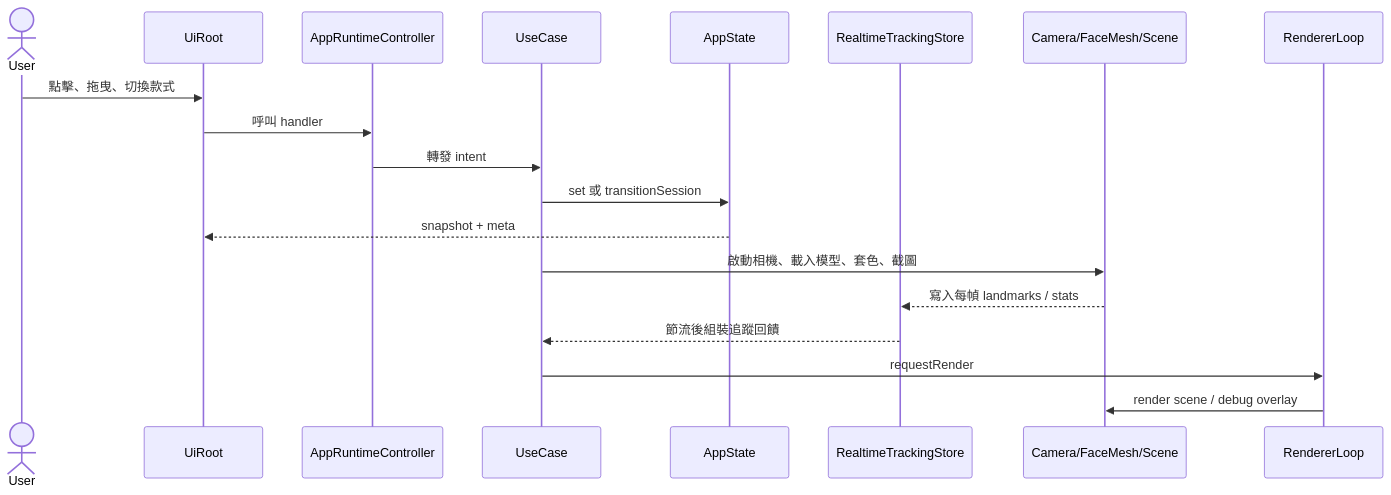
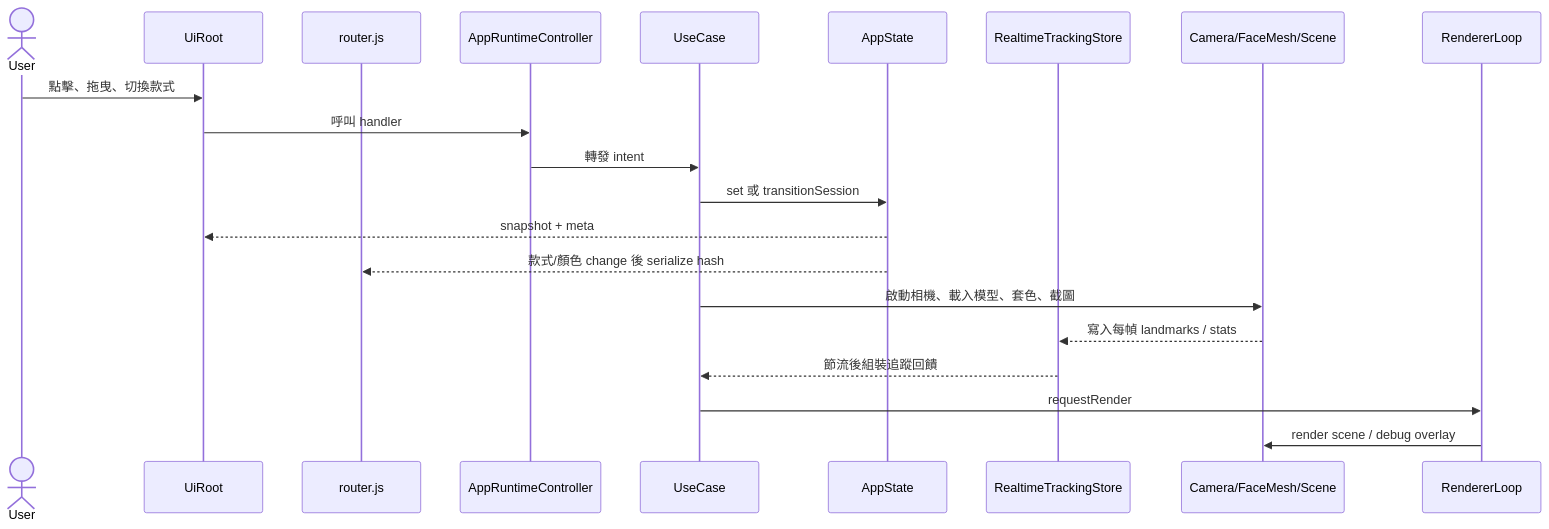
The second of 2 diagrams in docs/ARCHITECTURE.md (cooby19/ar_necklace), drawn with Mermaid before and after one commit. The commit also changed other lines of this file and 9 other files, not shown here.

````diff
--- a/docs/ARCHITECTURE.md
+++ b/docs/ARCHITECTURE.md
@@ -29,22 +32,24 @@
 ```mermaid
 sequenceDiagram
   actor User
   participant UI as UiRoot
+  participant Hash as router.js
   participant Router as AppRuntimeController
   participant UseCase as UseCase
   participant AppState
   participant Realtime as RealtimeTrackingStore
   participant Infra as Camera/FaceMesh/Scene
   participant Render as RendererLoop
 
   User->>UI: 點擊、拖曳、切換款式
   UI->>Router: 呼叫 handler
   Router->>UseCase: 轉發 intent
   UseCase->>AppState: set 或 transitionSession
   AppState-->>UI: snapshot + meta
+  AppState-->>Hash: 款式/顏色 change 後 serialize hash
   UseCase->>Infra: 啟動相機、載入模型、套色、截圖
   Infra-->>Realtime: 寫入每幀 landmarks / stats
   Realtime-->>UseCase: 節流後組裝追蹤回饋
   UseCase->>Render: requestRender
   Render->>Infra: render scene / debug overlay
 ```
````
